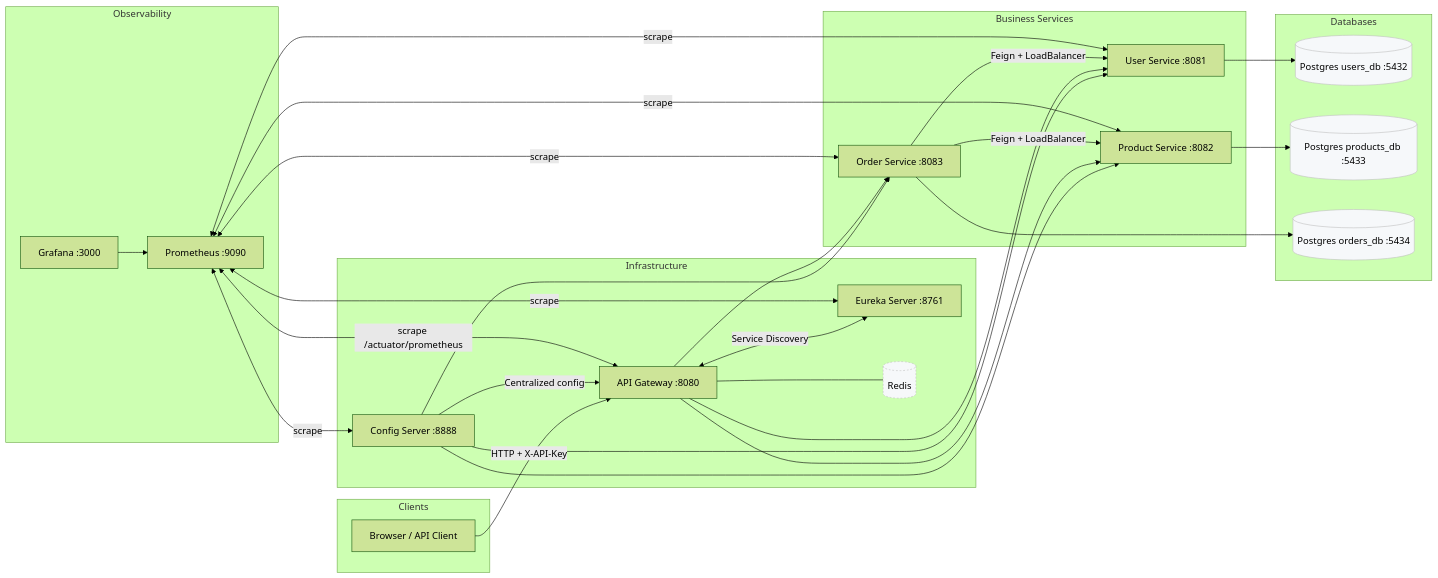
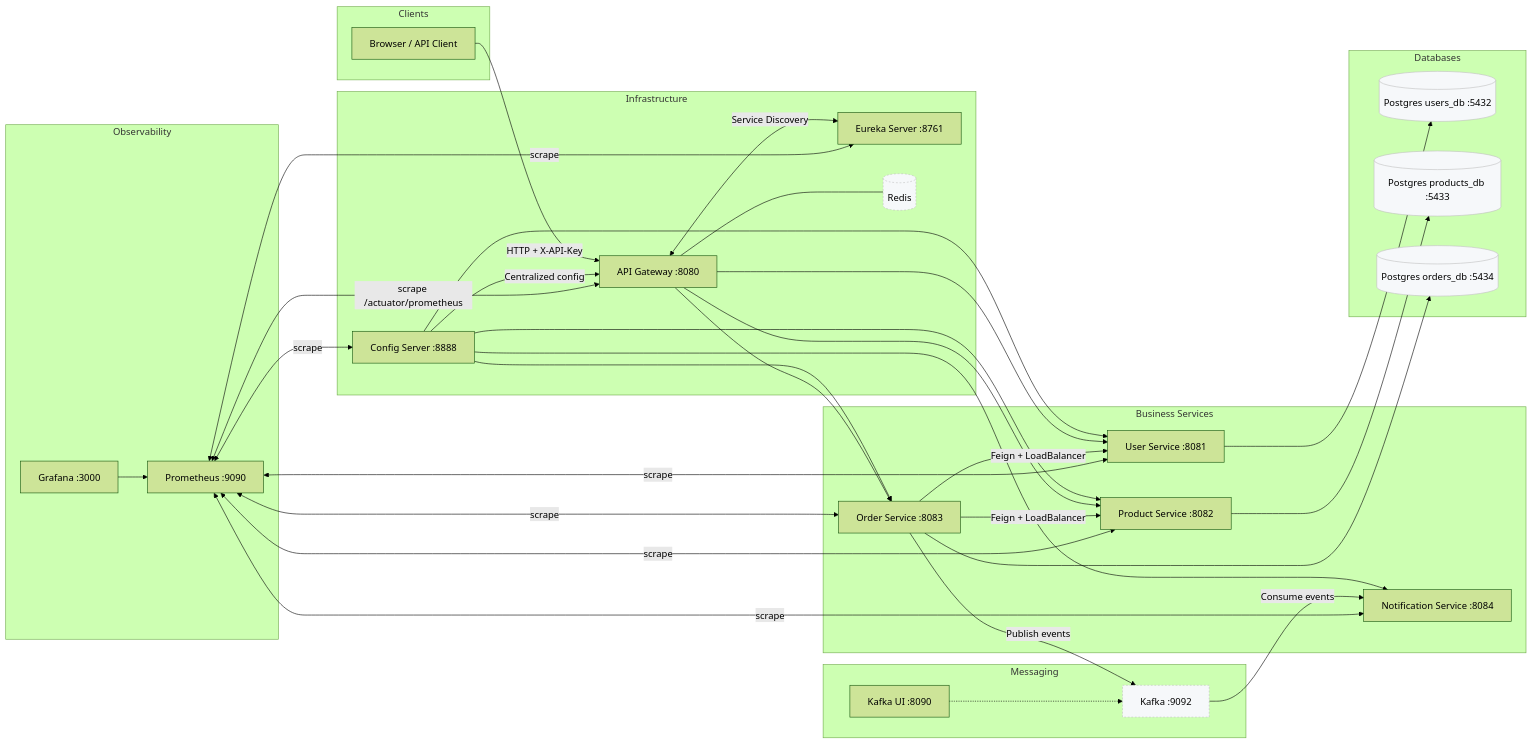
One commit to Ay0u8dev/mini-ecommerce-backend changed the diagram in README.md. Above: the diagram before and after it, drawn with Mermaid (forest theme). The commit also changed other lines of this file and 43 other files, not shown here.

First line of the commit message:
feat: Implement Kafka event-driven architecture for user, order, and product services

```diff
--- a/README.md
+++ b/README.md
@@ -67,11 +70,18 @@
     redis[(Redis)]
   end
 
+  %% Messaging
+  subgraph Messaging
+    kafka[Kafka :9092]
+    kafkaui[Kafka UI :8090]
+  end
+
   %% Business services
   subgraph Business Services
     user[User Service :8081]
     product[Product Service :8082]
     order[Order Service :8083]
+    notif[Notification Service :8084]
   end
 
   %% Data stores
@@ -96,6 +106,7 @@
   config --> user
   config --> product
   config --> order
+  config --> notif
 
   %% Gateway routing
   gw --> user
@@ -107,6 +118,11 @@
   order -- Feign + LoadBalancer --> user
   order -- Feign + LoadBalancer --> product
 
+  %% Kafka messaging
+  order -- Publish events --> kafka
+  kafka -- Consume events --> notif
+  kafkaui -.-> kafka
+
   %% Persistence
   user --> udb
   product --> pdb
@@ -117,12 +133,14 @@
   prom <-- scrape --> user
   prom <-- scrape --> product
   prom <-- scrape --> order
+  prom <-- scrape --> notif
   prom <-- scrape --> config
   prom <-- scrape --> eureka
   graf --> prom
 
   %% Styling for clarity
   style redis fill:#f6f8fa,stroke:#c0c0c0,stroke-width:1px,stroke-dasharray: 3 3
+  style kafka fill:#f6f8fa,stroke:#c0c0c0,stroke-width:1px,stroke-dasharray: 3 3
   style udb fill:#f6f8fa,stroke:#c0c0c0,stroke-width:1px
   style pdb fill:#f6f8fa,stroke:#c0c0c0,stroke-width:1px
   style odb fill:#f6f8fa,stroke:#c0c0c0,stroke-width:1px
```
